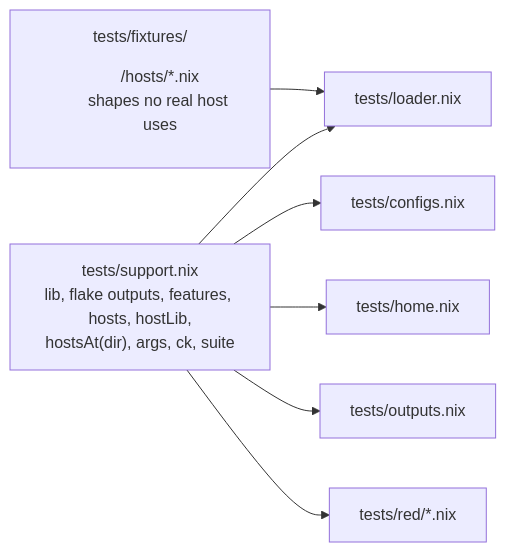
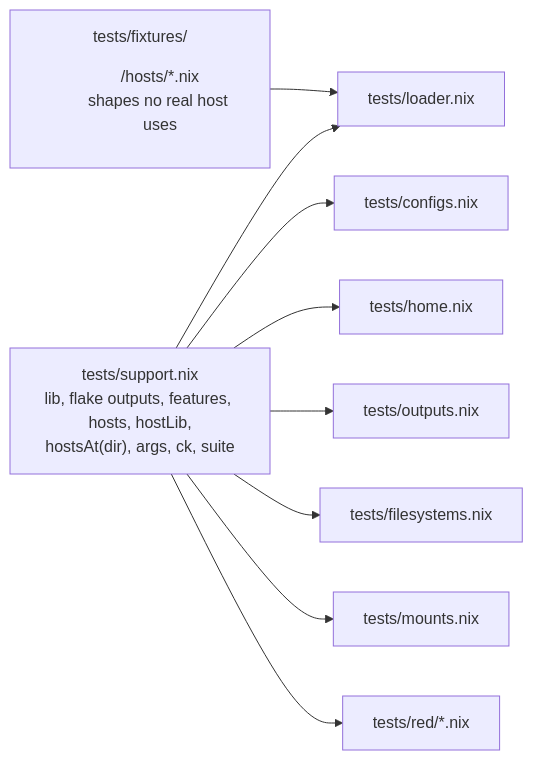
The second of 5 diagrams in TEST_DESIGN.md (WombatFromHell/automatic-palm-tree), drawn with Mermaid before and after one commit. The commit also changed other lines of this file and 29 other files, not shown here.

Commit message:
Add comprehensive tests for 'lib/filesystems.nix'

````diff
--- a/TEST_DESIGN.md
+++ b/TEST_DESIGN.md
@@ -20,9 +20,11 @@
 ```mermaid
 flowchart LR
   S["tests/support.nix<br/>lib, flake outputs, features, hosts, hostLib,<br/>hostsAt(dir), args, ck, suite"] --> L["tests/loader.nix"]
   S --> C["tests/configs.nix"]
   S --> H["tests/home.nix"]
   S --> O["tests/outputs.nix"]
+  S --> F["tests/filesystems.nix"]
+  S --> M["tests/mounts.nix"]
   S --> RD["tests/red/*.nix"]
   FX["tests/fixtures/<dir>/hosts/*.nix<br/>shapes no real host uses"] --> L
 ```
````
